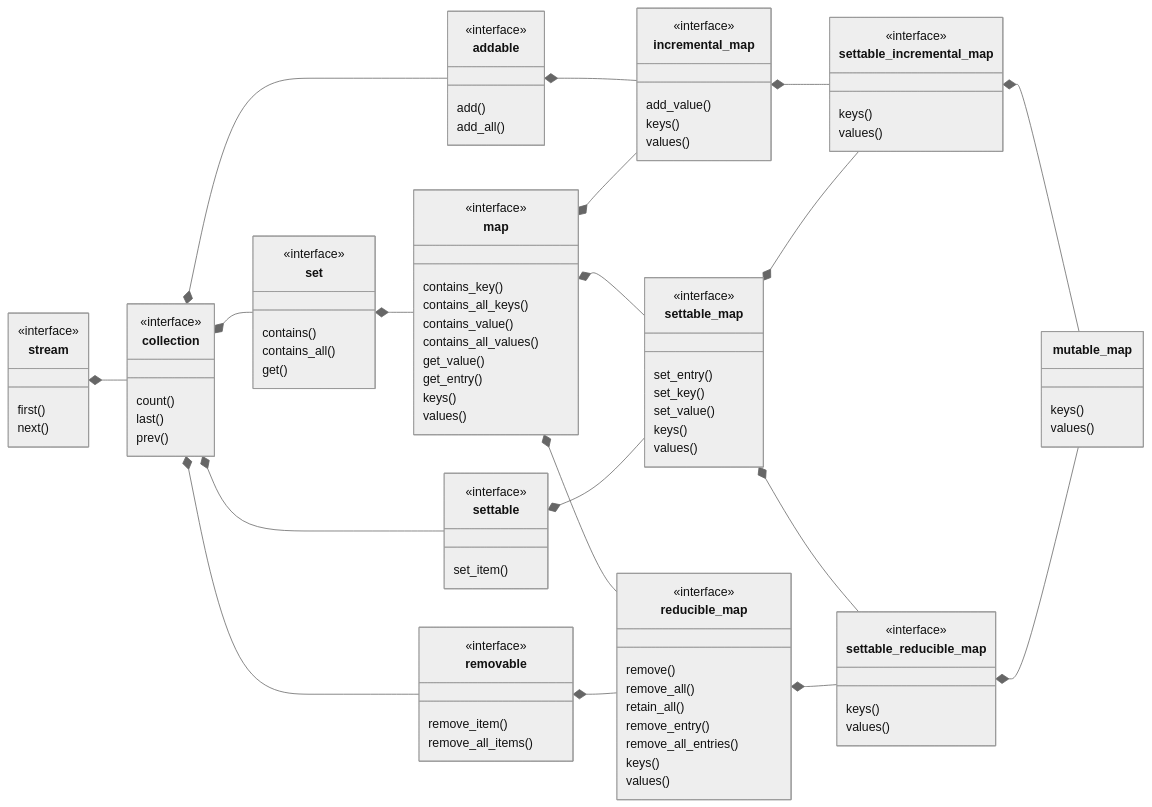
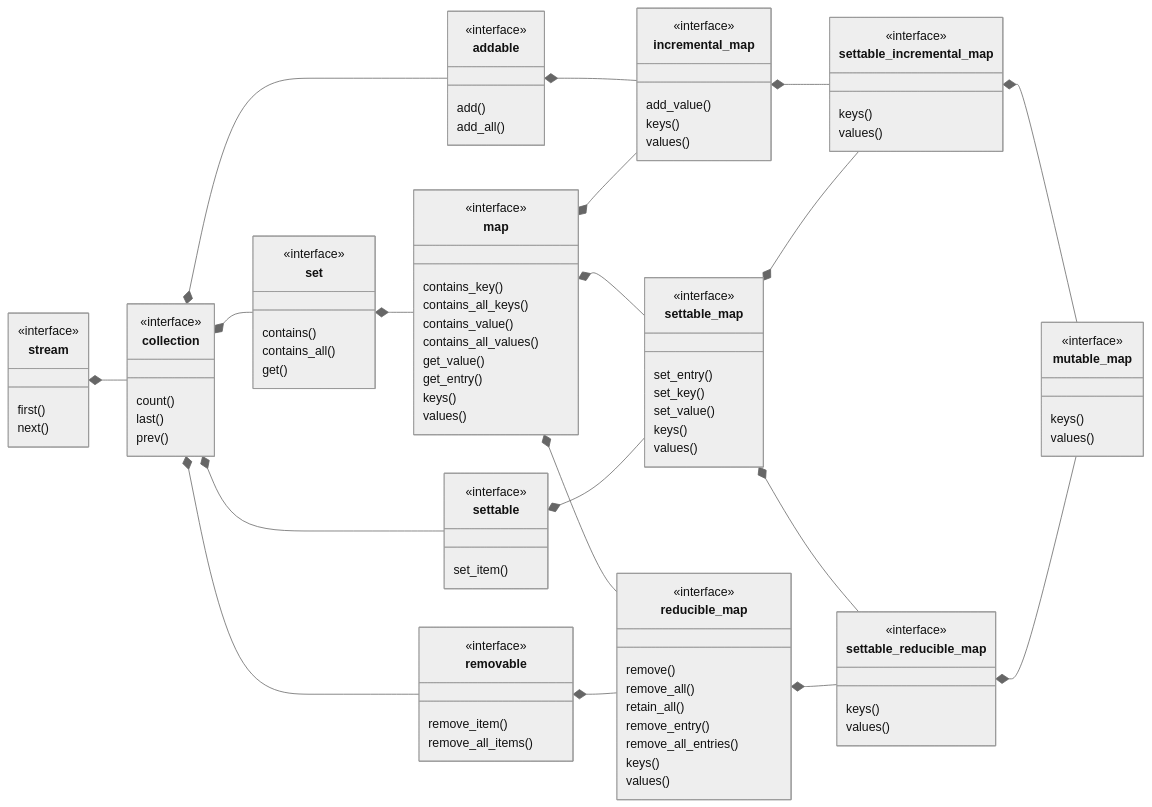
Before and after one commit to pretore/aquarium-butterflyfish: the diagram in doc/mutable_map.md, drawn with Mermaid (neutral theme). The commit also changed 10 other files, not shown here.

Commit message:
- added sorted_mutable_map

````diff
--- a/doc/mutable_map.md
+++ b/doc/mutable_map.md
@@ -99,6 +99,7 @@
         keys()
         values()
     }
+    <<interface>> mutable_map
     settable_incremental_map *-- mutable_map
     settable_reducible_map *-- mutable_map
 ```
````
